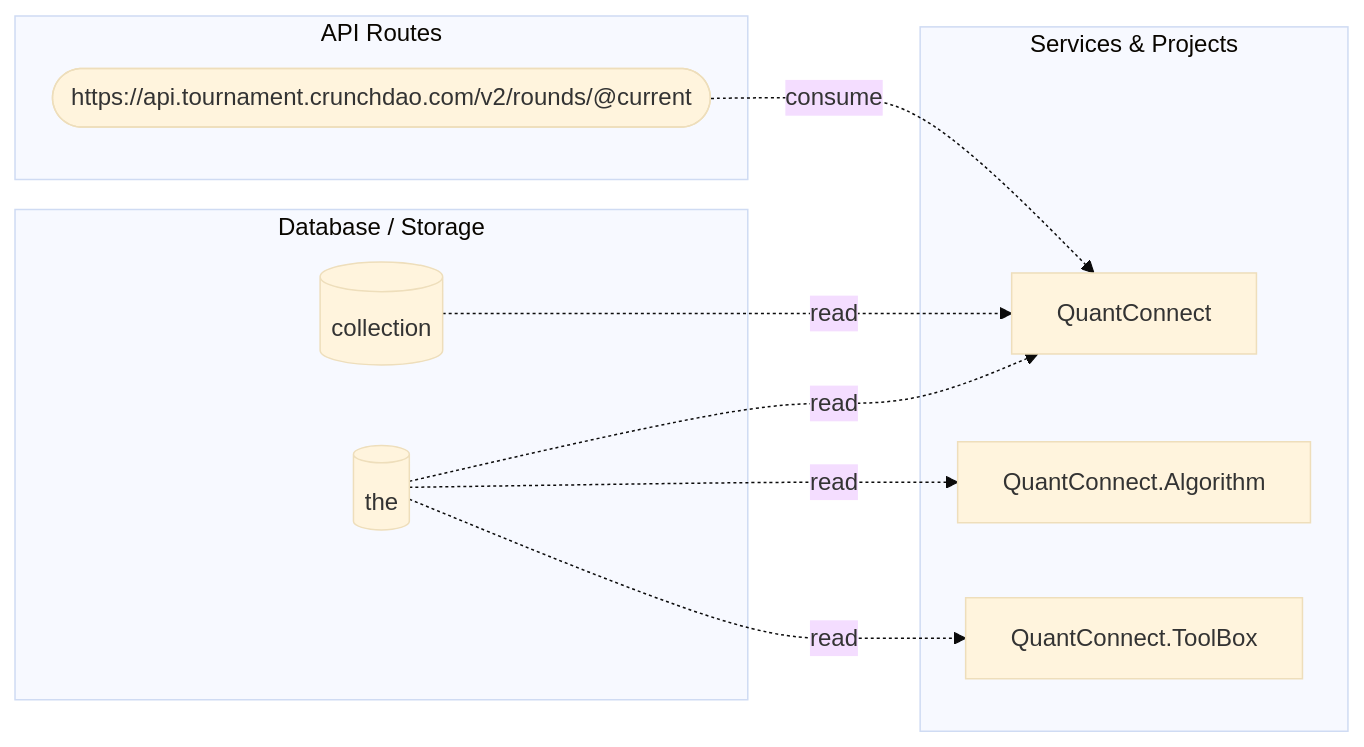
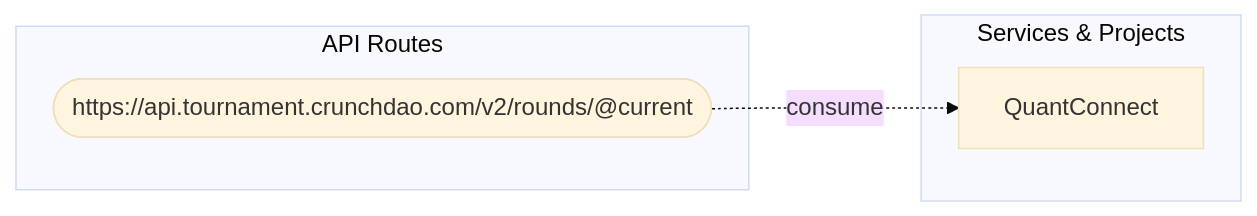
The fourth of 5 diagrams in output-lean/diagrams/all-diagrams.md (GanizaniSitara/tools-static-analysis), drawn with Mermaid (base theme) before and after one commit. The commit also changed 17 other files, not shown here.

First line of the commit message:
Add click-through detail panel for data flow edges

````diff
--- a/output-lean/diagrams/all-diagrams.md
+++ b/output-lean/diagrams/all-diagrams.md
@@ -260,20 +260,10 @@
 ```mermaid
 graph LR
     subgraph Projects["Services & Projects"]
         QuantConnect["QuantConnect"]
-        QuantConnect_Algorithm["QuantConnect.Algorithm"]
-        QuantConnect_ToolBox["QuantConnect.ToolBox"]
-    end
-    subgraph Database["Database / Storage"]
-        table_the[("the")]
-        table_collection[("collection")]
     end
     subgraph APIs["API Routes"]
         url_https___api_tournament_crunchdao_com_v2_rounds__current(["https://api.tournament.crunchdao.com/v2/rounds/@current"])
     end
-    table_the -.->|read| QuantConnect
-    table_the -.->|read| QuantConnect_Algorithm
-    table_the -.->|read| QuantConnect_ToolBox
-    table_collection -.->|read| QuantConnect
     url_https___api_tournament_crunchdao_com_v2_rounds__current -.->|consume| QuantConnect
 ```
````
